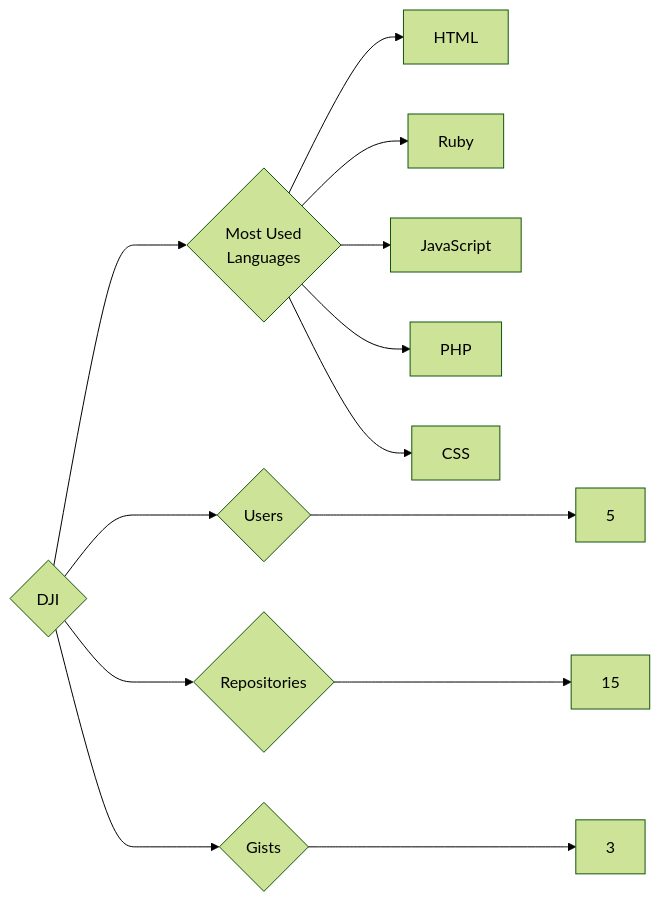
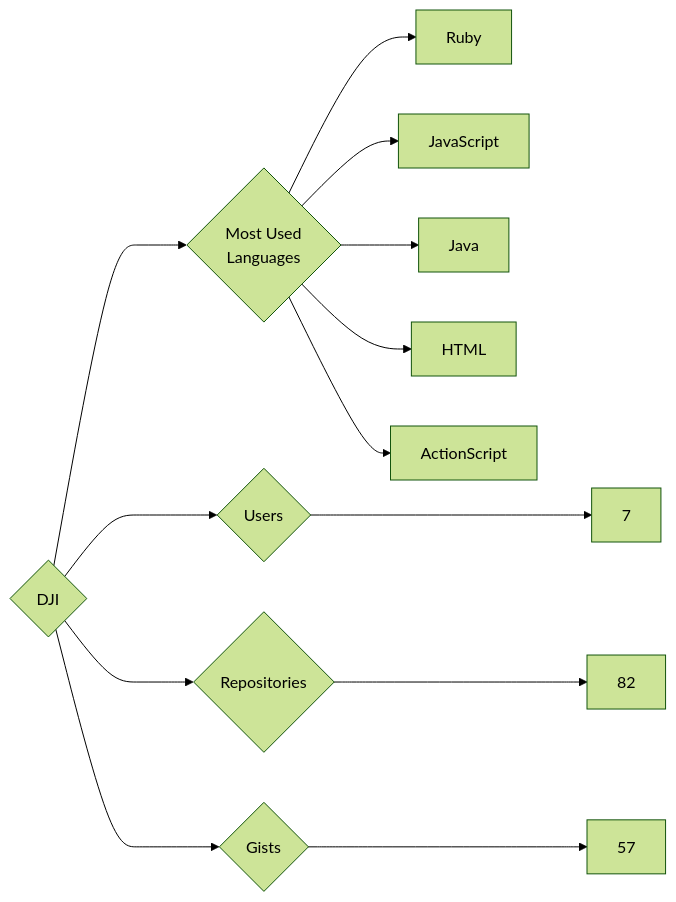
The diagram in targets/DJI/README.md (trickest/insiders), drawn with Mermaid (forest theme) before and after one commit. The commit also changed 927 other files, not shown here.

````diff
--- a/targets/DJI/README.md
+++ b/targets/DJI/README.md
@@ -3,13 +3,13 @@
 ```mermaid
 graph LR
 COMPANY_NAME{DJI}
-COMPANY_NAME ---> U{Users} ---> UN[5]
-COMPANY_NAME ---> R{Repositories} ---> RN[15]
-COMPANY_NAME ---> G{Gists} ---> GN[3]
+COMPANY_NAME ---> U{Users} ---> UN[7]
+COMPANY_NAME ---> R{Repositories} ---> RN[82]
+COMPANY_NAME ---> G{Gists} ---> GN[57]
 COMPANY_NAME ---> ML{Most Used<br>Languages}
-ML --> HTML[HTML]
 ML --> Ruby[Ruby]
 ML --> JavaScript[JavaScript]
-ML --> PHP[PHP]
-ML --> CSS[CSS]
+ML --> Java[Java]
+ML --> HTML[HTML]
+ML --> ActionScript[ActionScript]
 ```
````
